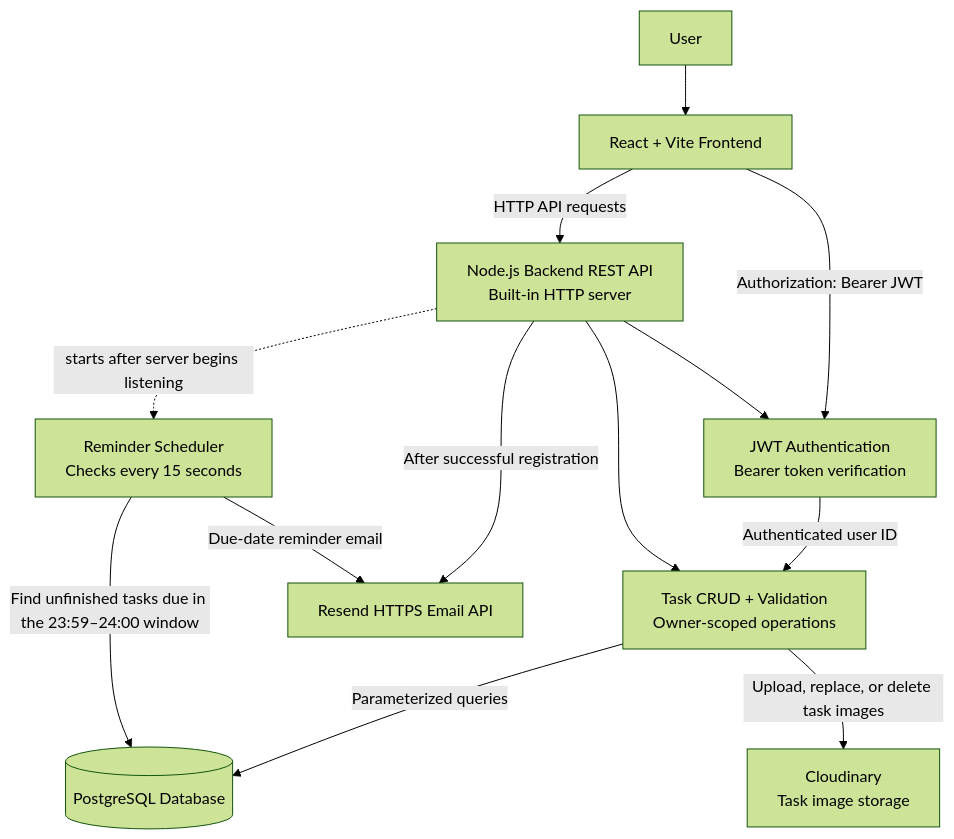
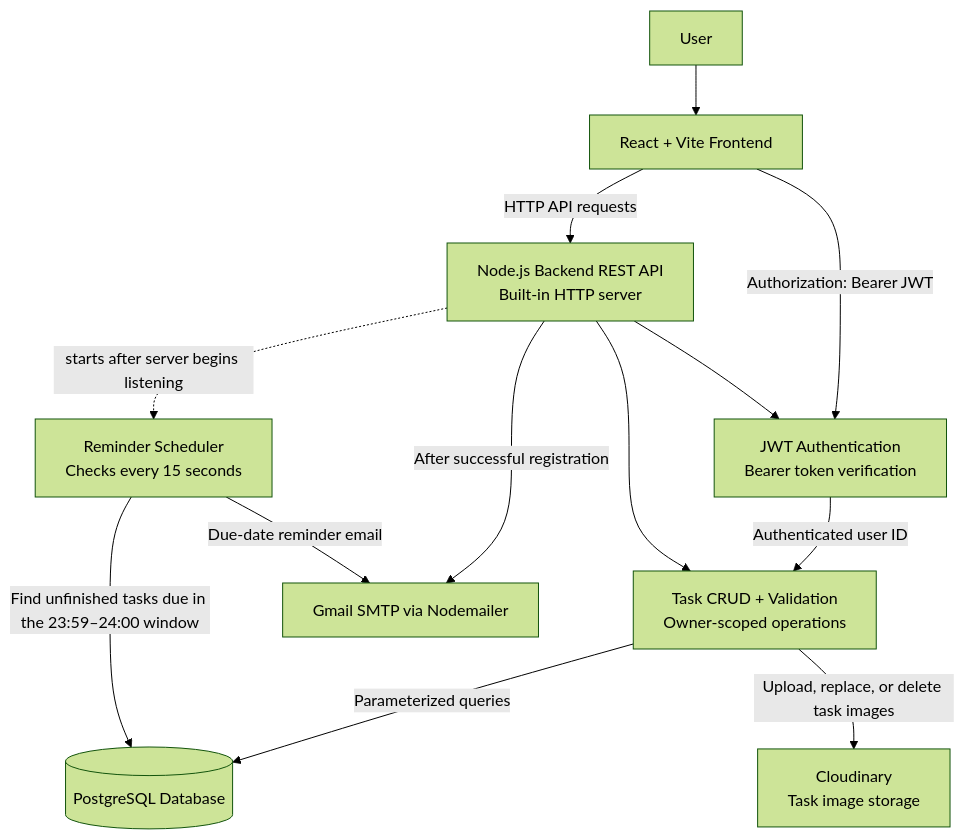
One commit to priyadharshinik019/task-manager-application changed the diagram in docs/architecture.md. Above: the diagram before and after it, drawn with Mermaid (forest theme). The commit also changed other lines of this file and 7 other files, not shown here.

Commit message:
feat(email): implement Gmail SMTP welcome and reminder emails

````diff
--- a/docs/architecture.md
+++ b/docs/architecture.md
@@ -3,26 +3,26 @@
 ```mermaid
 flowchart TD
     User[User]
     Frontend[React + Vite Frontend]
     API[Node.js Backend REST API<br/>Built-in HTTP server]
     JWT[JWT Authentication<br/>Bearer token verification]
     Tasks[Task CRUD + Validation<br/>Owner-scoped operations]
     Database[(PostgreSQL Database)]
     Cloudinary[Cloudinary<br/>Task image storage]
     Scheduler[Reminder Scheduler<br/>Checks every 15 seconds]
-    Email[Resend HTTPS Email API]
+    Email[Gmail SMTP via Nodemailer]
 
     User --> Frontend
     Frontend -->|HTTP API requests| API
     Frontend -->|Authorization: Bearer JWT| JWT
     API --> JWT
     JWT -->|Authenticated user ID| Tasks
     API --> Tasks
     Tasks -->|Parameterized queries| Database
     Tasks -->|Upload, replace, or delete task images| Cloudinary
 
     API -->|After successful registration| Email
     Scheduler -->|Find unfinished tasks due in the 23:59–24:00 window| Database
     Scheduler -->|Due-date reminder email| Email
     API -. starts after server begins listening .-> Scheduler
 ```
````
